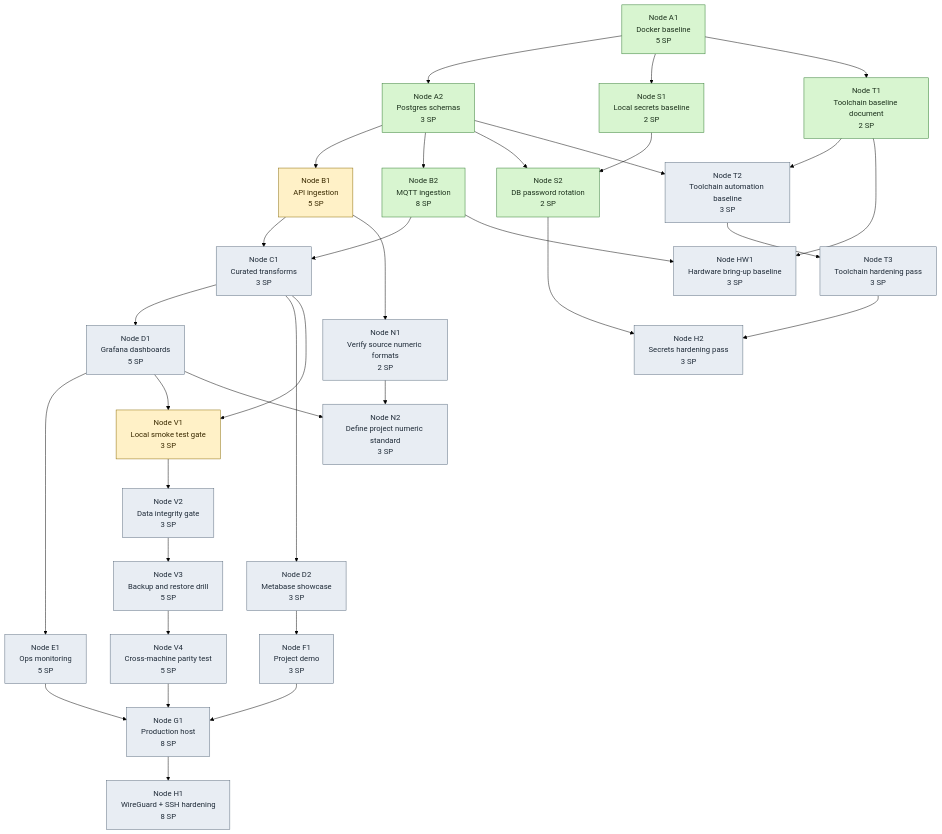
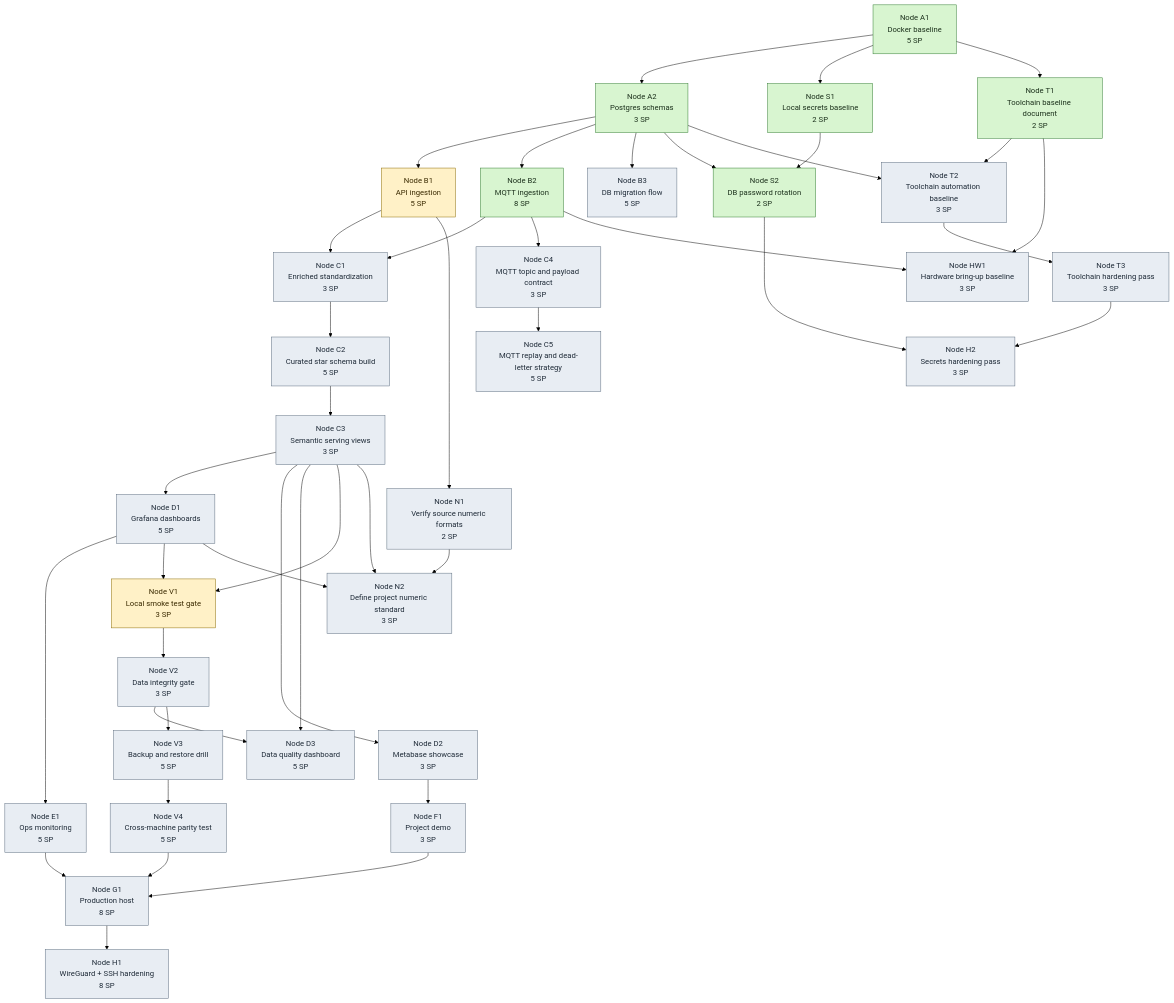
Before and after one commit to EnTekLasse/commons-anchor: the diagram in docs/architecture/diagrams/tech-tree.mmd, drawn with Mermaid (forest theme). The commit also changed 8 other files, not shown here.

First line of the commit message:
feat: evolve warehouse architecture and harden Mermaid validation

```diff
--- a/docs/architecture/diagrams/tech-tree.mmd
+++ b/docs/architecture/diagrams/tech-tree.mmd
@@ -1,87 +1,107 @@
 %% AUTO-GENERATED FROM docs/architecture/diagram-model.json
 flowchart TD
   A1[Node A1<br/>Docker baseline<br/>5 SP]
   A2[Node A2<br/>Postgres schemas<br/>3 SP]
   B1[Node B1<br/>API ingestion<br/>5 SP]
   B2[Node B2<br/>MQTT ingestion<br/>8 SP]
-  C1[Node C1<br/>Curated transforms<br/>3 SP]
+  B3[Node B3<br/>DB migration flow<br/>5 SP]
+  C1[Node C1<br/>Enriched standardization<br/>3 SP]
+  C2[Node C2<br/>Curated star schema build<br/>5 SP]
+  C3[Node C3<br/>Semantic serving views<br/>3 SP]
+  C4[Node C4<br/>MQTT topic and payload contract<br/>3 SP]
+  C5[Node C5<br/>MQTT replay and dead-letter strategy<br/>5 SP]
   D1[Node D1<br/>Grafana dashboards<br/>5 SP]
   D2[Node D2<br/>Metabase showcase<br/>3 SP]
+  D3[Node D3<br/>Data quality dashboard<br/>5 SP]
   E1[Node E1<br/>Ops monitoring<br/>5 SP]
   F1[Node F1<br/>Project demo<br/>3 SP]
   V1[Node V1<br/>Local smoke test gate<br/>3 SP]
   V2[Node V2<br/>Data integrity gate<br/>3 SP]
   V3[Node V3<br/>Backup and restore drill<br/>5 SP]
   V4[Node V4<br/>Cross-machine parity test<br/>5 SP]
   G1[Node G1<br/>Production host<br/>8 SP]
   S1[Node S1<br/>Local secrets baseline<br/>2 SP]
   S2[Node S2<br/>DB password rotation<br/>2 SP]
   N1[Node N1<br/>Verify source numeric formats<br/>2 SP]
   N2[Node N2<br/>Define project numeric standard<br/>3 SP]
   H1[Node H1<br/>WireGuard + SSH hardening<br/>8 SP]
   H2[Node H2<br/>Secrets hardening pass<br/>3 SP]
   T1[Node T1<br/>Toolchain baseline document<br/>2 SP]
   T2[Node T2<br/>Toolchain automation baseline<br/>3 SP]
   T3[Node T3<br/>Toolchain hardening pass<br/>3 SP]
   HW1[Node HW1<br/>Hardware bring-up baseline<br/>3 SP]
 
   A1 --> A2
   A2 --> B1
   A2 --> B2
+  A2 --> B3
   B1 --> C1
   B2 --> C1
-  C1 --> D1
-  C1 --> D2
+  C1 --> C2
+  C2 --> C3
+  B2 --> C4
+  C4 --> C5
+  C3 --> D1
+  C3 --> D2
+  C3 --> D3
+  V2 --> D3
   D1 --> E1
   D2 --> F1
-  C1 --> V1
+  C3 --> V1
   D1 --> V1
   V1 --> V2
   V2 --> V3
   V3 --> V4
   E1 --> G1
   F1 --> G1
   V4 --> G1
   A1 --> S1
   S1 --> S2
   A2 --> S2
   B1 --> N1
   N1 --> N2
+  C3 --> N2
   D1 --> N2
   G1 --> H1
   S2 --> H2
   T3 --> H2
   A1 --> T1
   T1 --> T2
   A2 --> T2
   T2 --> T3
   B2 --> HW1
   T1 --> HW1
 
   classDef done fill:#d8f5d0,stroke:#2f7a2f,stroke-width:1px,color:#1c311c
   classDef inProgress fill:#fff1c7,stroke:#8a6a00,stroke-width:1px,color:#3a2a00
   classDef backlog fill:#e8edf3,stroke:#5a6b7d,stroke-width:1px,color:#1f2b38
   class A1 done
   class A2 done
   class B1 inProgress
   class B2 done
+  class B3 backlog
   class C1 backlog
+  class C2 backlog
+  class C3 backlog
+  class C4 backlog
+  class C5 backlog
   class D1 backlog
   class D2 backlog
+  class D3 backlog
   class E1 backlog
   class F1 backlog
   class V1 inProgress
   class V2 backlog
   class V3 backlog
   class V4 backlog
   class G1 backlog
   class S1 done
   class S2 done
   class N1 backlog
   class N2 backlog
   class H1 backlog
   class H2 backlog
   class T1 done
   class T2 backlog
   class T3 backlog
   class HW1 backlog
```
